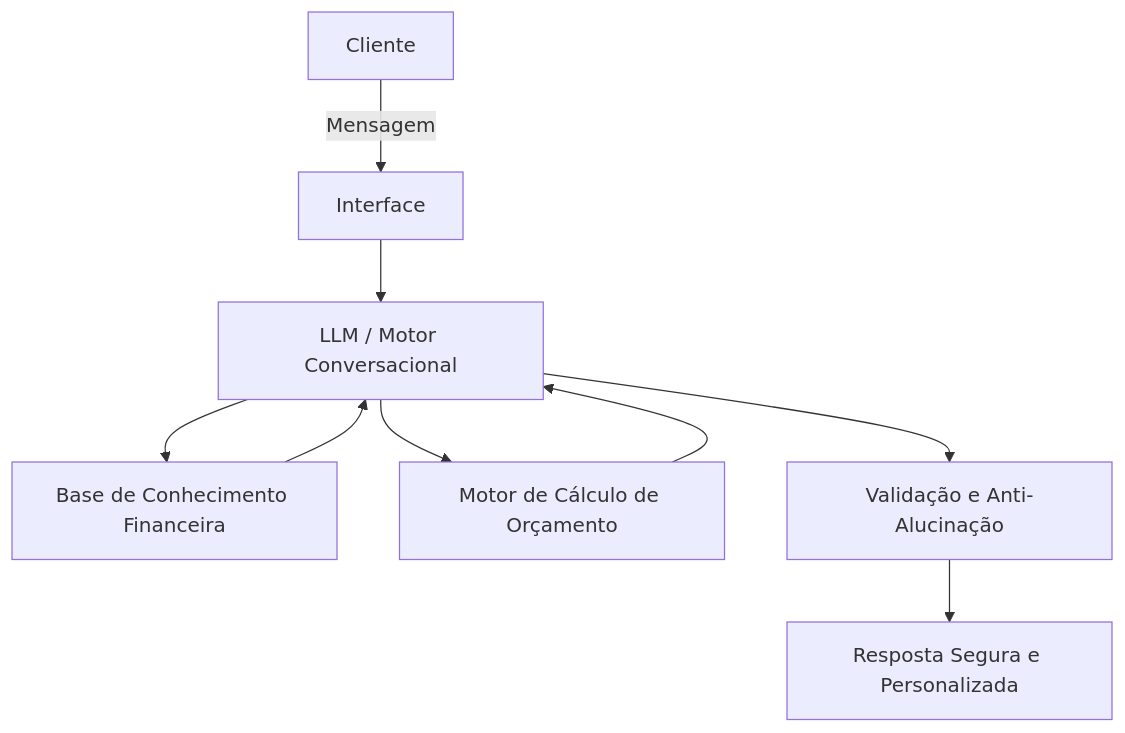
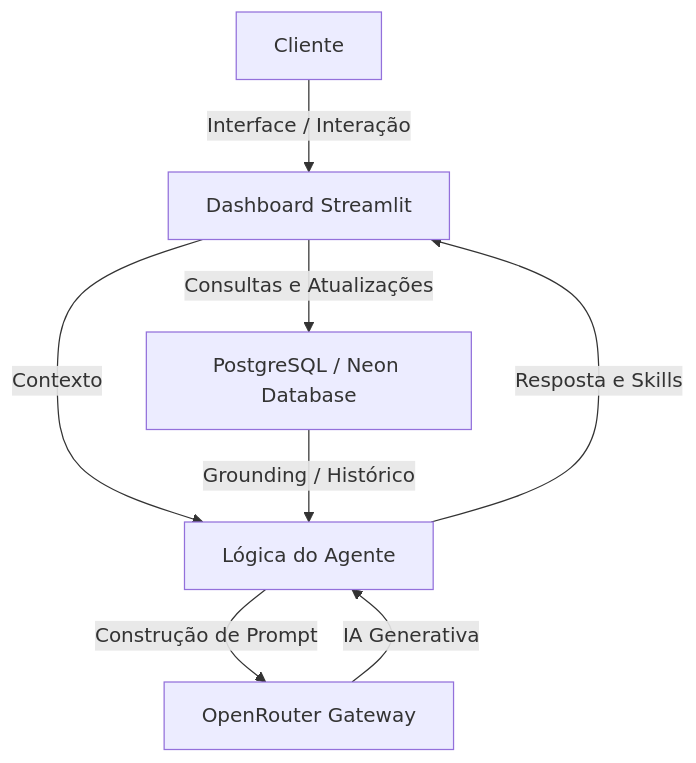
The diagram in docs/01-documentacao-agente.md (Reynamada/LUMMI_Assistente_Financeiro), drawn with Mermaid before and after one commit. The commit also changed other lines of this file and 36 other files, not shown here.

````diff
--- a/docs/01-documentacao-agente.md
+++ b/docs/01-documentacao-agente.md
@@ -129,12 +129,10 @@
 ```mermaid
 flowchart TD
-    A[Cliente] -->|Mensagem| B[Interface]
-    B --> C[LLM / Motor Conversacional]
-    C --> D[Base de Conhecimento Financeira]
-    D --> C
-    C --> E[Motor de Cálculo de Orçamento]
-    E --> C
-    C --> F[Validação e Anti-Alucinação]
-    F --> G[Resposta Segura e Personalizada]
-
+    A[Cliente] -->|Interface / Interação| B[Dashboard Streamlit]
+    B -->|Consultas e Atualizações| C[PostgreSQL / Neon Database]
+    B -->|Contexto| D[Lógica do Agente]
+    C -->|Grounding / Histórico| D
+    D -->|Construção de Prompt| E[OpenRouter Gateway]
+    E -->|IA Generativa| D
+    D -->|Resposta e Skills| B
 ```
````
